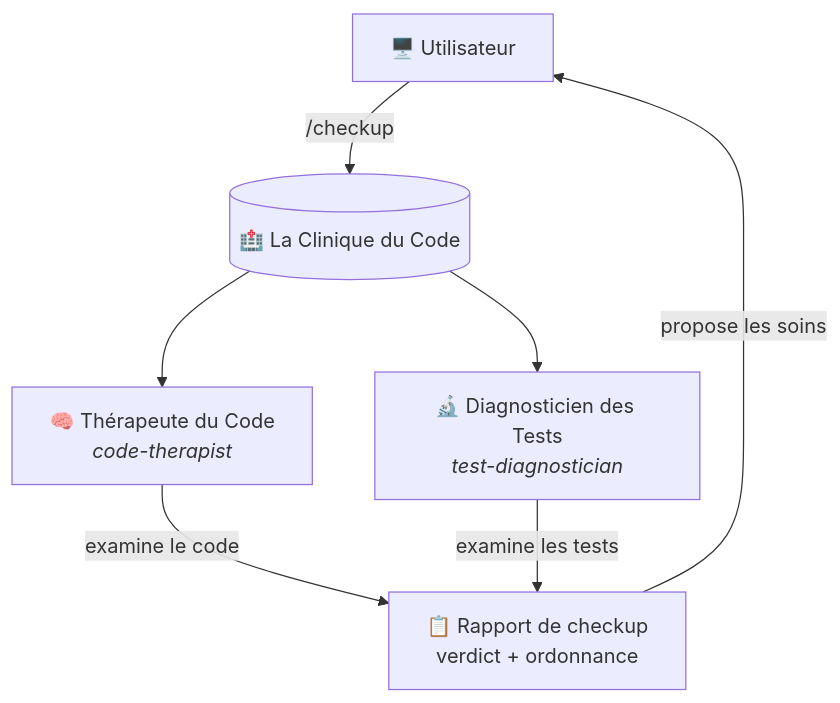
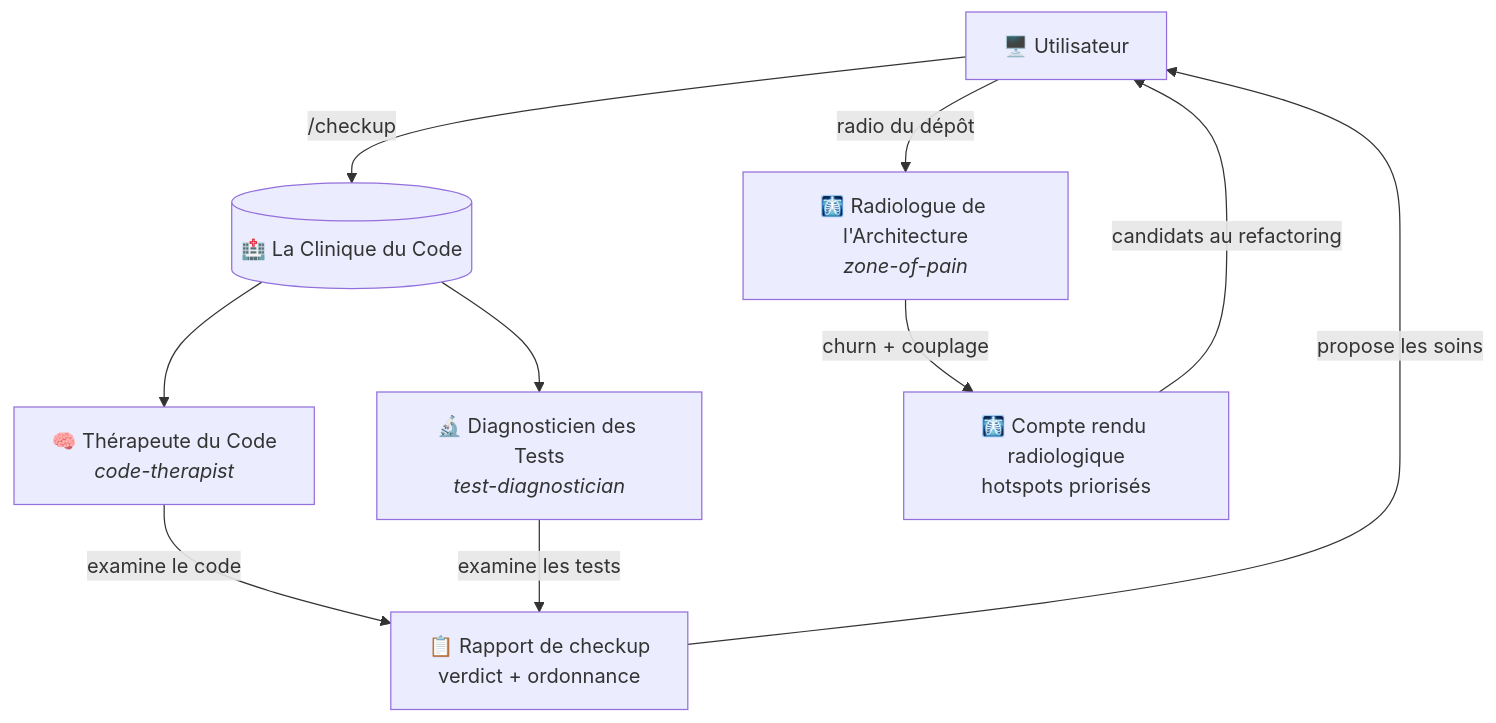
The diagram in README.md (alexandrerodenas/la-clinique-du-code), drawn with Mermaid before and after one commit. The commit also changed other lines of this file and 3 other files, not shown here.

Commit message:
feat: recruter le Radiologue de l'Architecture (zone-of-pain) et sa fiche clinique

````diff
--- a/README.md
+++ b/README.md
@@ -27,9 +27,12 @@
 ```mermaid
 flowchart TD
     U["🖥️ Utilisateur"] -->|"/checkup"| C[("🏥 La Clinique du Code")]
     C --> T["🧠 Thérapeute du Code<br/><i>code-therapist</i>"]
     C --> D["🔬 Diagnosticien des Tests<br/><i>test-diagnostician</i>"]
     T -->|examine le code| R["📋 Rapport de checkup<br/>verdict + ordonnance"]
     D -->|examine les tests| R
     R -->|propose les soins| U
+    U -->|"radio du dépôt"| X["🩻 Radiologue de l'Architecture<br/><i>zone-of-pain</i>"]
+    X -->|churn + couplage| M["🩻 Compte rendu radiologique<br/>hotspots priorisés"]
+    M -->|candidats au refactoring| U
 ```
````
